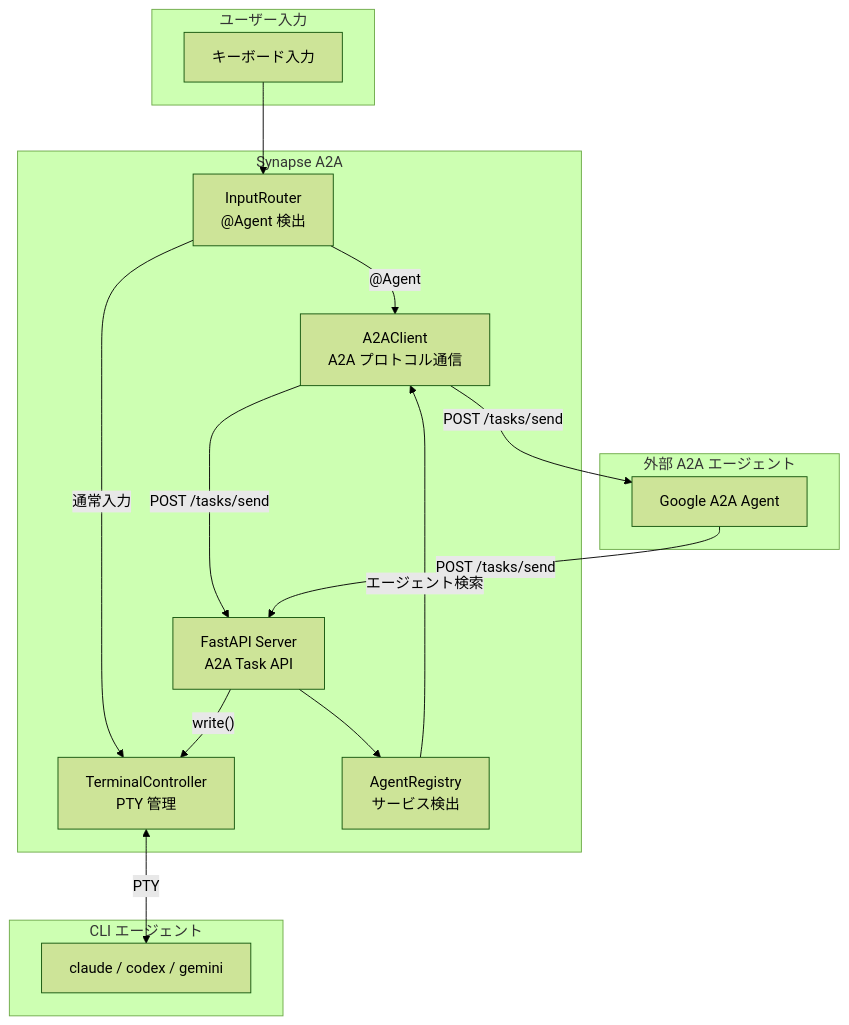
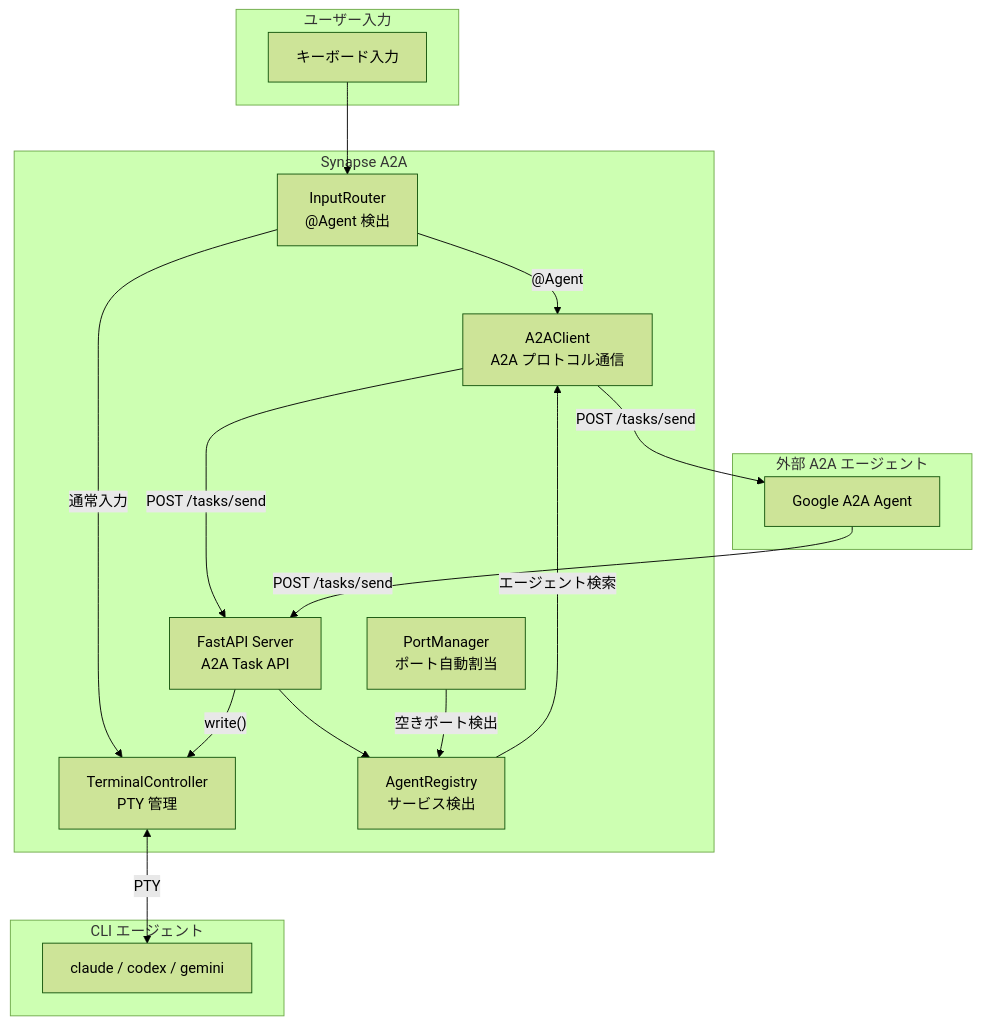
Before and after one commit to s-hiraoku/synapse-a2a: the second of 3 diagrams in README.md, drawn with Mermaid (forest theme). The commit also changed other lines of this file, not shown here.

Commit message:
feat: Add agent liveness checks, registry cleanup, background A2A action execution, and A2A design documentation.

````diff
--- a/README.md
+++ b/README.md
@@ -74,33 +77,35 @@
 ```mermaid
 flowchart TB
     subgraph Human["ユーザー入力"]
         Input["キーボード入力"]
     end
 
     subgraph External["外部 A2A エージェント"]
         ExtAgent["Google A2A Agent"]
     end
 
     subgraph Synapse["Synapse A2A"]
         IR["InputRouter<br/>@Agent 検出"]
         A2AClient["A2AClient<br/>A2A プロトコル通信"]
         TC["TerminalController<br/>PTY 管理"]
         Server["FastAPI Server<br/>A2A Task API"]
         Registry["AgentRegistry<br/>サービス検出"]
+        PortMgr["PortManager<br/>ポート自動割当"]
     end
 
     subgraph CLI["CLI エージェント"]
         Agent["claude / codex / gemini"]
     end
 
     Input --> IR
     IR -->|"通常入力"| TC
     IR -->|"@Agent"| A2AClient
     A2AClient -->|"POST /tasks/send"| Server
     A2AClient -->|"POST /tasks/send"| ExtAgent
     ExtAgent -->|"POST /tasks/send"| Server
     Server -->|"write()"| TC
     TC <-->|"PTY"| Agent
     Server --> Registry
     Registry -->|"エージェント検索"| A2AClient
+    PortMgr -->|"空きポート検出"| Registry
 ```
````
